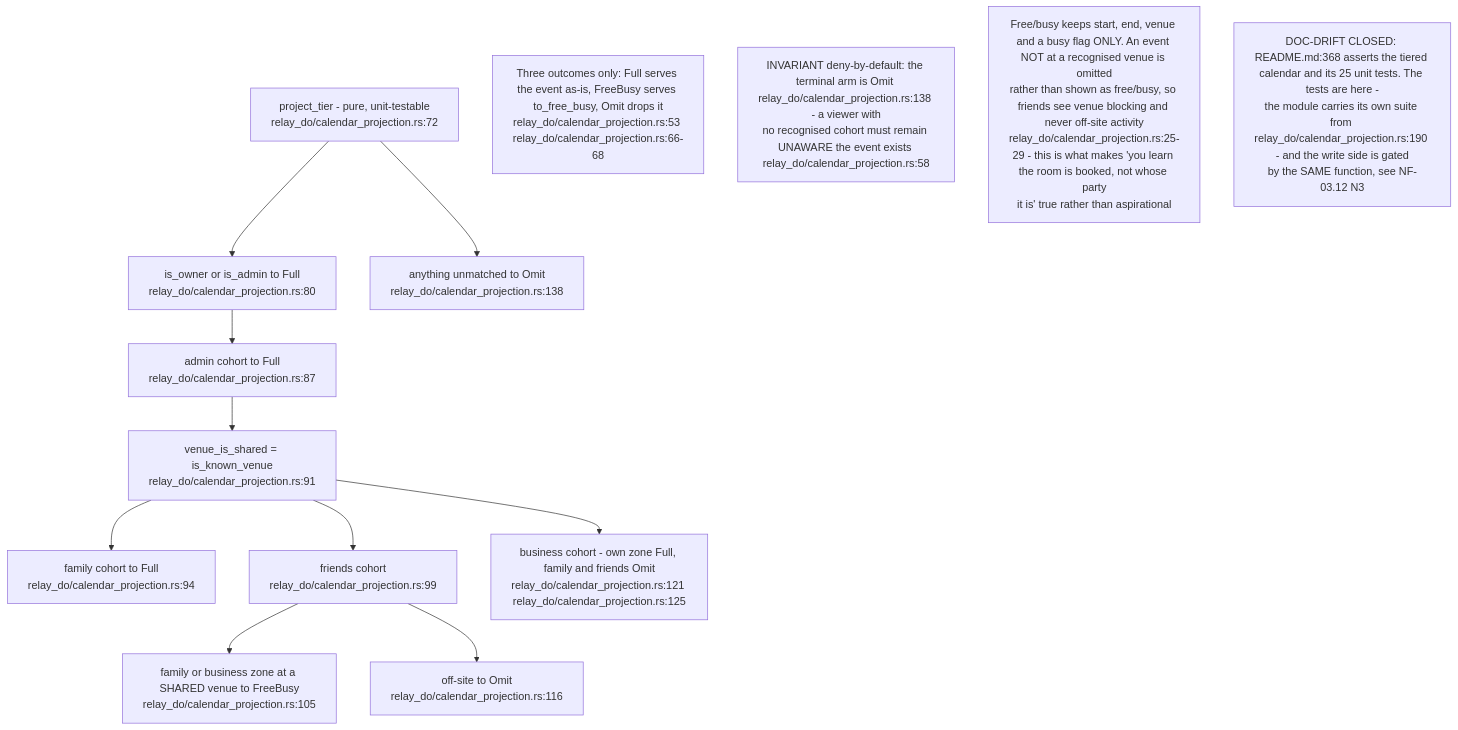
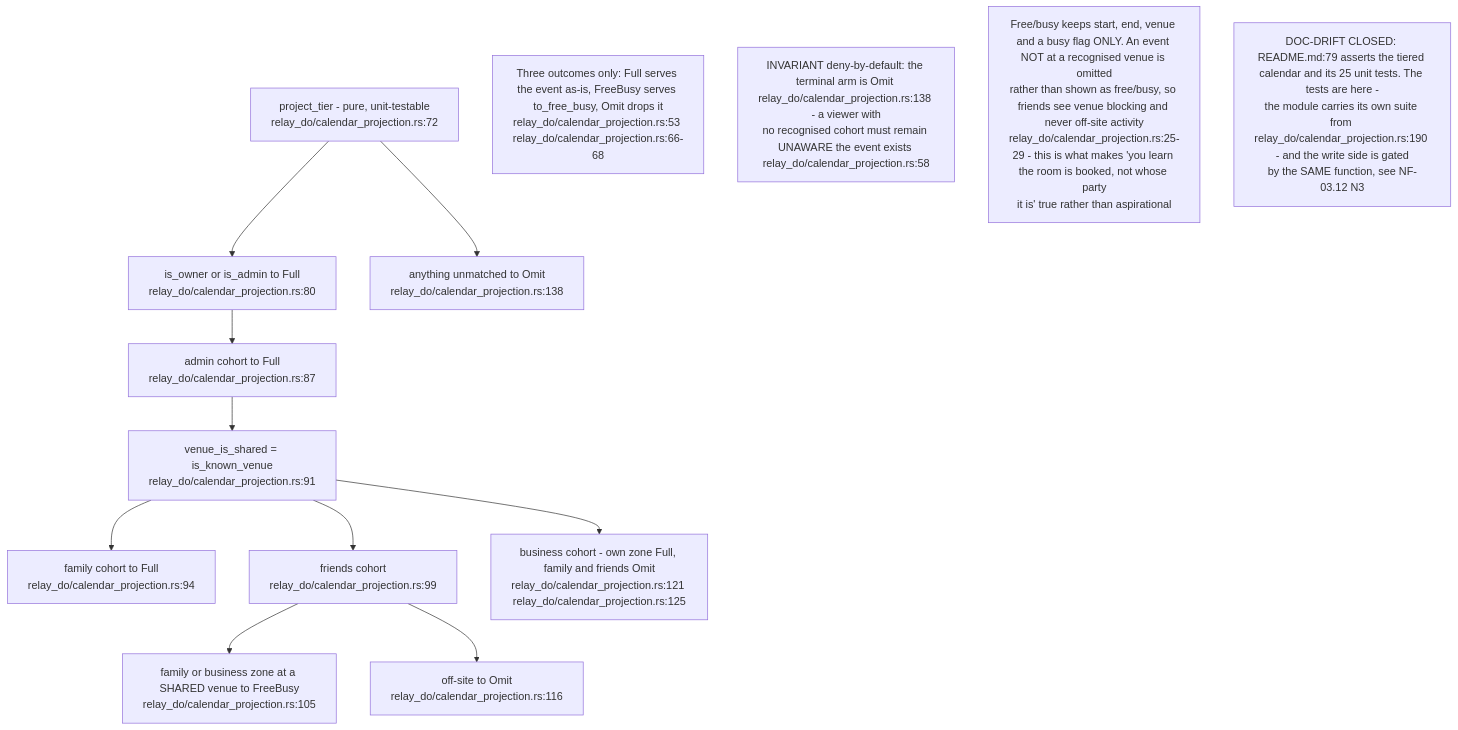
One commit to DreamLab-AI/VisionFlow changed the seventh of 16 diagrams in docs/diagrams/nostr-rust-forum/11-relay-durable-object-internals.md. Above: the diagram before and after it, drawn with Mermaid. The commit also changed other lines of this file and 160 other files, not shown here.

````diff
--- a/docs/diagrams/nostr-rust-forum/11-relay-durable-object-internals.md
+++ b/docs/diagrams/nostr-rust-forum/11-relay-durable-object-internals.md
@@ -219,23 +231,23 @@
 ```mermaid
 flowchart TB
     PT["project_tier - pure, unit-testable<br/>relay_do/calendar_projection.rs:72"]
     OWN["is_owner or is_admin to Full<br/>relay_do/calendar_projection.rs:80"]
     CADM["admin cohort to Full<br/>relay_do/calendar_projection.rs:87"]
     VEN["venue_is_shared = is_known_venue<br/>relay_do/calendar_projection.rs:91"]
     FAM["family cohort to Full<br/>relay_do/calendar_projection.rs:94"]
     FRI["friends cohort<br/>relay_do/calendar_projection.rs:99"]
     FRIV["family or business zone at a SHARED venue to FreeBusy<br/>relay_do/calendar_projection.rs:105"]
     FRIO["off-site to Omit<br/>relay_do/calendar_projection.rs:116"]
     BUS["business cohort - own zone Full, family and friends Omit<br/>relay_do/calendar_projection.rs:121 relay_do/calendar_projection.rs:125"]
     DEF["anything unmatched to Omit<br/>relay_do/calendar_projection.rs:138"]
 
     PT --> OWN --> CADM --> VEN
     VEN --> FAM & FRI & BUS
     FRI --> FRIV & FRIO
     PT --> DEF
 
     N1["Three outcomes only: Full serves the event as-is, FreeBusy serves to_free_busy, Omit drops it<br/>relay_do/calendar_projection.rs:53 relay_do/calendar_projection.rs:66-68"]
     N2["INVARIANT deny-by-default: the terminal arm is Omit relay_do/calendar_projection.rs:138 - a viewer with<br/>no recognised cohort must remain UNAWARE the event exists relay_do/calendar_projection.rs:58"]
     N3["Free/busy keeps start, end, venue and a busy flag ONLY. An event NOT at a recognised venue is omitted<br/>rather than shown as free/busy, so friends see venue blocking and never off-site activity<br/>relay_do/calendar_projection.rs:25-29 - this is what makes 'you learn the room is booked, not whose party<br/>it is' true rather than aspirational"]
-    N4["DOC-DRIFT CLOSED: README.md:368 asserts the tiered calendar and its 25 unit tests. The tests are here -<br/>the module carries its own suite from relay_do/calendar_projection.rs:190 - and the write side is gated<br/>by the SAME function, see NF-03.12 N3"]
+    N4["DOC-DRIFT CLOSED: README.md:79 asserts the tiered calendar and its 25 unit tests. The tests are here -<br/>the module carries its own suite from relay_do/calendar_projection.rs:190 - and the write side is gated<br/>by the SAME function, see NF-03.12 N3"]
 ```
````
